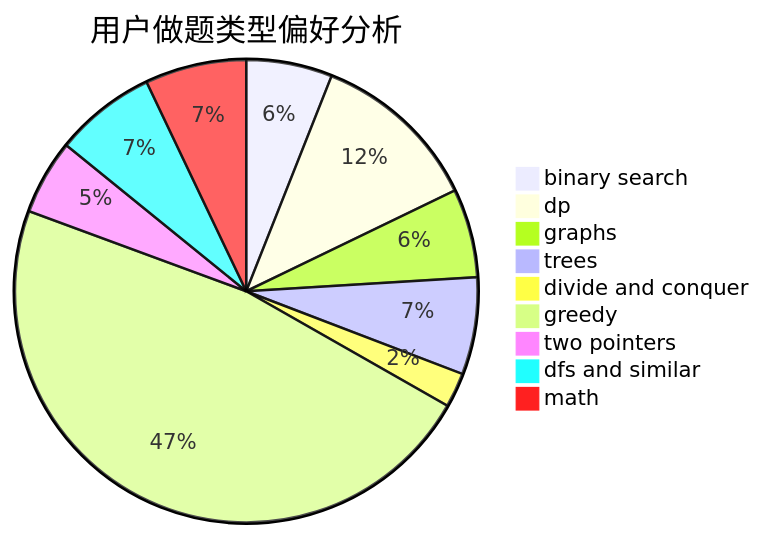
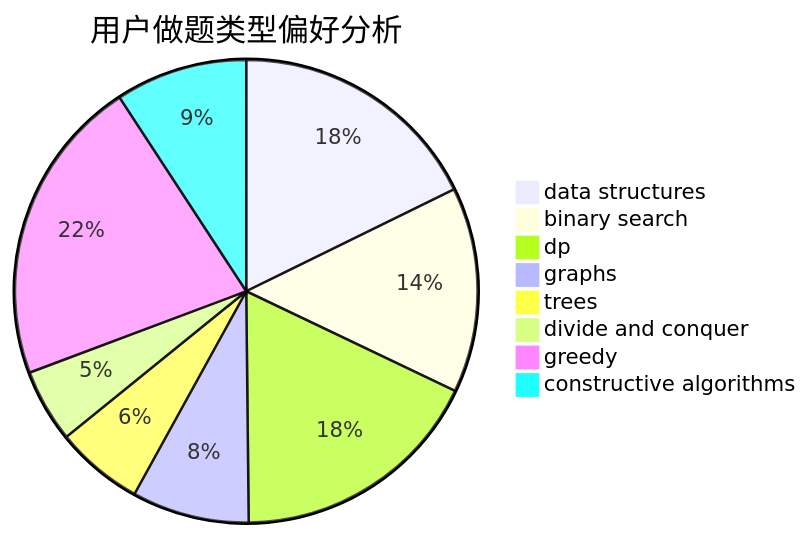
Before and after one commit to sherpahu/cfrs.github.io: the second of 3 diagrams in docs/user/u1388.md, drawn with Mermaid. The commit also changed other lines of this file and 2775 other files, not shown here.

````diff
--- a/docs/user/u1388.md
+++ b/docs/user/u1388.md
@@ -23,12 +23,11 @@
 ```mermaid
 pie title 用户做题类型偏好分析
-    "binary search" :  62
-    "dp" :  122
-    "graphs" :  64
-    "trees" :  70
-    "divide and conquer" :  25
-    "greedy" :  489
-    "two pointers" :  54
-    "dfs and similar" :  73
-    "math" :  73
+    "data structures" :  52
+    "binary search" :  42
+    "dp" :  52
+    "graphs" :  24
+    "trees" :  18
+    "divide and conquer" :  15
+    "greedy" :  63
+    "constructive algorithms" :  27
 ```
````
